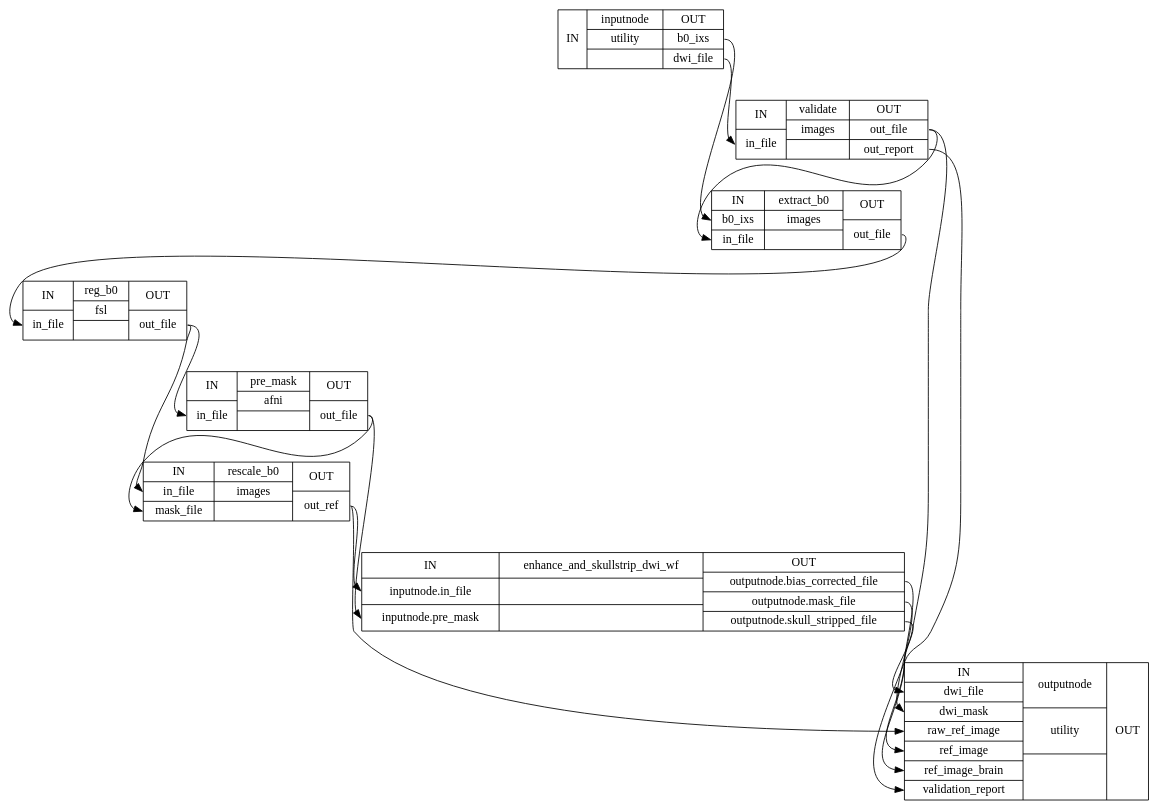
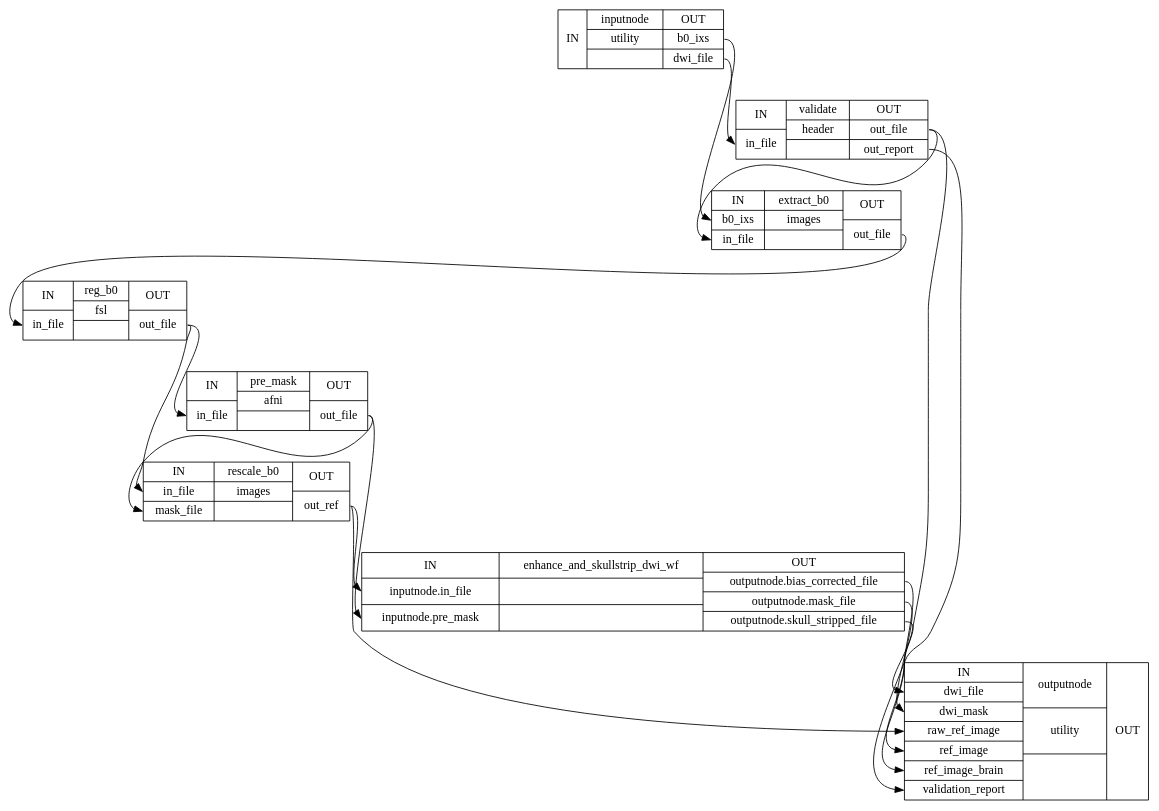
Before and after one commit to nipreps/dmriprep: the diagram in 0.4.0/wf_directive/api/dwi_reference_wf/dmriprep-workflows-dwi-util-1_detailed.dot, drawn with Graphviz. The commit also changed 473 other files, not shown here.

```diff
--- a/0.4.0/wf_directive/api/dwi_reference_wf/dmriprep-workflows-dwi-util-1_detailed.dot
+++ b/0.4.0/wf_directive/api/dwi_reference_wf/dmriprep-workflows-dwi-util-1_detailed.dot
@@ -1,26 +1,26 @@
 digraph structs {
 node [shape=record];
 dwi_reference_wfinputnode [label="{IN}|{ inputnode | utility |  }|{OUT|<outb0ixs> b0_ixs|<outdwifile> dwi_file}"];
-dwi_reference_wfvalidate [label="{IN|<ininfile> in_file}|{ validate | images |  }|{OUT|<outoutfile> out_file|<outoutreport> out_report}"];
+dwi_reference_wfvalidate [label="{IN|<ininfile> in_file}|{ validate | header |  }|{OUT|<outoutfile> out_file|<outoutreport> out_report}"];
 dwi_reference_wfextract_b0 [label="{IN|<inb0ixs> b0_ixs|<ininfile> in_file}|{ extract_b0 | images |  }|{OUT|<outoutfile> out_file}"];
 dwi_reference_wfreg_b0 [label="{IN|<ininfile> in_file}|{ reg_b0 | fsl |  }|{OUT|<outoutfile> out_file}"];
 dwi_reference_wfpre_mask [label="{IN|<ininfile> in_file}|{ pre_mask | afni |  }|{OUT|<outoutfile> out_file}"];
 dwi_reference_wfrescale_b0 [label="{IN|<ininfile> in_file|<inmaskfile> mask_file}|{ rescale_b0 | images |  }|{OUT|<outoutref> out_ref}"];
 dwi_reference_wfenhance_and_skullstrip_dwi_wf [label="{IN|<ininputnodeinfile> inputnode.in_file|<ininputnodepremask> inputnode.pre_mask}|{ enhance_and_skullstrip_dwi_wf |  |  }|{OUT|<outoutputnodebiascorrectedfile> outputnode.bias_corrected_file|<outoutputnodemaskfile> outputnode.mask_file|<outoutputnodeskullstrippedfile> outputnode.skull_stripped_file}"];
 dwi_reference_wfoutputnode [label="{IN|<indwifile> dwi_file|<indwimask> dwi_mask|<inrawrefimage> raw_ref_image|<inrefimage> ref_image|<inrefimagebrain> ref_image_brain|<invalidationreport> validation_report}|{ outputnode | utility |  }|{OUT}"];
 dwi_reference_wfenhance_and_skullstrip_dwi_wf:outoutputnodebiascorrectedfile:e -> dwi_reference_wfoutputnode:inrefimage:w;
 dwi_reference_wfenhance_and_skullstrip_dwi_wf:outoutputnodemaskfile:e -> dwi_reference_wfoutputnode:indwimask:w;
 dwi_reference_wfenhance_and_skullstrip_dwi_wf:outoutputnodeskullstrippedfile:e -> dwi_reference_wfoutputnode:inrefimagebrain:w;
 dwi_reference_wfextract_b0:outoutfile:e -> dwi_reference_wfreg_b0:ininfile:w;
 dwi_reference_wfinputnode:outb0ixs:e -> dwi_reference_wfextract_b0:inb0ixs:w;
 dwi_reference_wfinputnode:outdwifile:e -> dwi_reference_wfvalidate:ininfile:w;
 dwi_reference_wfpre_mask:outoutfile:e -> dwi_reference_wfenhance_and_skullstrip_dwi_wf:ininputnodepremask:w;
 dwi_reference_wfpre_mask:outoutfile:e -> dwi_reference_wfrescale_b0:inmaskfile:w;
 dwi_reference_wfreg_b0:outoutfile:e -> dwi_reference_wfpre_mask:ininfile:w;
 dwi_reference_wfreg_b0:outoutfile:e -> dwi_reference_wfrescale_b0:ininfile:w;
 dwi_reference_wfrescale_b0:outoutref:e -> dwi_reference_wfenhance_and_skullstrip_dwi_wf:ininputnodeinfile:w;
 dwi_reference_wfrescale_b0:outoutref:e -> dwi_reference_wfoutputnode:inrawrefimage:w;
 dwi_reference_wfvalidate:outoutfile:e -> dwi_reference_wfextract_b0:ininfile:w;
 dwi_reference_wfvalidate:outoutfile:e -> dwi_reference_wfoutputnode:indwifile:w;
 dwi_reference_wfvalidate:outoutreport:e -> dwi_reference_wfoutputnode:invalidationreport:w;
 }
```
